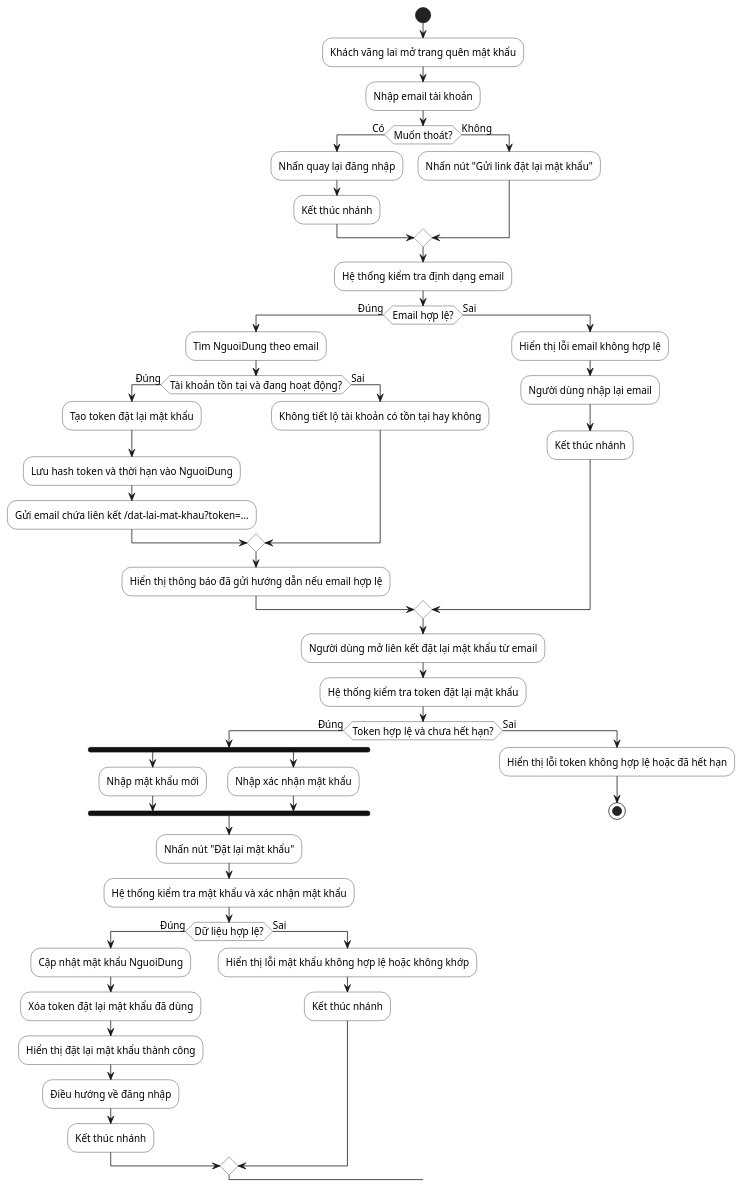
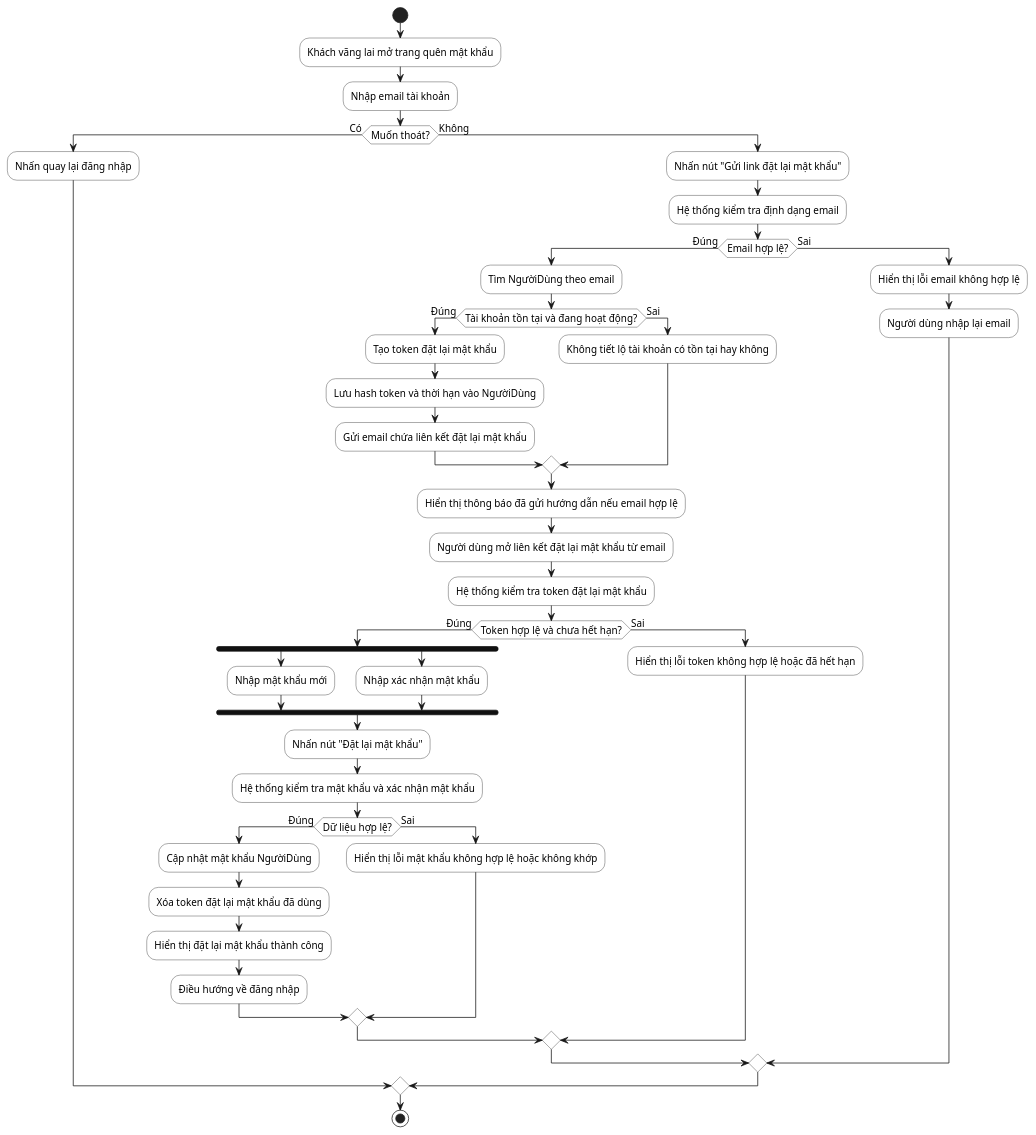
One commit to hole-six/DoAn changed the diagram in docs/so-do/02-activity/03-activity-quen-mat-khau.puml. Above: the diagram before and after it, drawn with PlantUML. The commit also changed 1039 other files, not shown here.

```diff
--- a/docs/so-do/02-activity/03-activity-quen-mat-khau.puml
+++ b/docs/so-do/02-activity/03-activity-quen-mat-khau.puml
@@ -1,62 +1,58 @@
 @startuml
 skinparam defaultFontName "Segoe UI"
 skinparam defaultFontSize 13
 skinparam shadowing false
 skinparam linetype ortho
 skinparam activity {
   BackgroundColor White
   BorderColor #222222
   DiamondBackgroundColor White
   DiamondBorderColor #222222
   BarColor #111111
 }
 start
 :Khách vãng lai mở trang quên mật khẩu;
 :Nhập email tài khoản;
 if (Muốn thoát?) then (Có)
   :Nhấn quay lại đăng nhập;
-  :Kết thúc nhánh;
 else (Không)
   :Nhấn nút "Gửi link đặt lại mật khẩu";
+  :Hệ thống kiểm tra định dạng email;
+  if (Email hợp lệ?) then (Đúng)
+    :Tìm NgườiDùng theo email;
+    if (Tài khoản tồn tại và đang hoạt động?) then (Đúng)
+      :Tạo token đặt lại mật khẩu;
+      :Lưu hash token và thời hạn vào NgườiDùng;
+      :Gửi email chứa liên kết đặt lại mật khẩu;
+    else (Sai)
+      :Không tiết lộ tài khoản có tồn tại hay không;
+    endif
+    :Hiển thị thông báo đã gửi hướng dẫn nếu email hợp lệ;
+    :Người dùng mở liên kết đặt lại mật khẩu từ email;
+    :Hệ thống kiểm tra token đặt lại mật khẩu;
+    if (Token hợp lệ và chưa hết hạn?) then (Đúng)
+      fork
+        :Nhập mật khẩu mới;
+      fork again
+        :Nhập xác nhận mật khẩu;
+      end fork
+      :Nhấn nút "Đặt lại mật khẩu";
+      :Hệ thống kiểm tra mật khẩu và xác nhận mật khẩu;
+      if (Dữ liệu hợp lệ?) then (Đúng)
+        :Cập nhật mật khẩu NgườiDùng;
+        :Xóa token đặt lại mật khẩu đã dùng;
+        :Hiển thị đặt lại mật khẩu thành công;
+        :Điều hướng về đăng nhập;
+      else (Sai)
+        :Hiển thị lỗi mật khẩu không hợp lệ hoặc không khớp;
+      endif
+    else (Sai)
+      :Hiển thị lỗi token không hợp lệ hoặc đã hết hạn;
+    endif
+  else (Sai)
+    :Hiển thị lỗi email không hợp lệ;
+    :Người dùng nhập lại email;
+  endif
 endif
-:Hệ thống kiểm tra định dạng email;
-if (Email hợp lệ?) then (Đúng)
-  :Tìm NguoiDung theo email;
-  if (Tài khoản tồn tại và đang hoạt động?) then (Đúng)
-    :Tạo token đặt lại mật khẩu;
-    :Lưu hash token và thời hạn vào NguoiDung;
-    :Gửi email chứa liên kết /dat-lai-mat-khau?token=...;
-  else (Sai)
-    :Không tiết lộ tài khoản có tồn tại hay không;
-  endif
-  :Hiển thị thông báo đã gửi hướng dẫn nếu email hợp lệ;
-else (Sai)
-  :Hiển thị lỗi email không hợp lệ;
-  :Người dùng nhập lại email;
-  :Kết thúc nhánh;
-endif
-:Người dùng mở liên kết đặt lại mật khẩu từ email;
-:Hệ thống kiểm tra token đặt lại mật khẩu;
-if (Token hợp lệ và chưa hết hạn?) then (Đúng)
-  fork
-    :Nhập mật khẩu mới;
-  fork again
-    :Nhập xác nhận mật khẩu;
-  end fork
-  :Nhấn nút "Đặt lại mật khẩu";
-  :Hệ thống kiểm tra mật khẩu và xác nhận mật khẩu;
-  if (Dữ liệu hợp lệ?) then (Đúng)
-    :Cập nhật mật khẩu NguoiDung;
-    :Xóa token đặt lại mật khẩu đã dùng;
-    :Hiển thị đặt lại mật khẩu thành công;
-    :Điều hướng về đăng nhập;
-    :Kết thúc nhánh;
-  else (Sai)
-    :Hiển thị lỗi mật khẩu không hợp lệ hoặc không khớp;
-    :Kết thúc nhánh;
-  endif
-else (Sai)
-  :Hiển thị lỗi token không hợp lệ hoặc đã hết hạn;
-  stop
-endif
+stop
 @enduml
```
